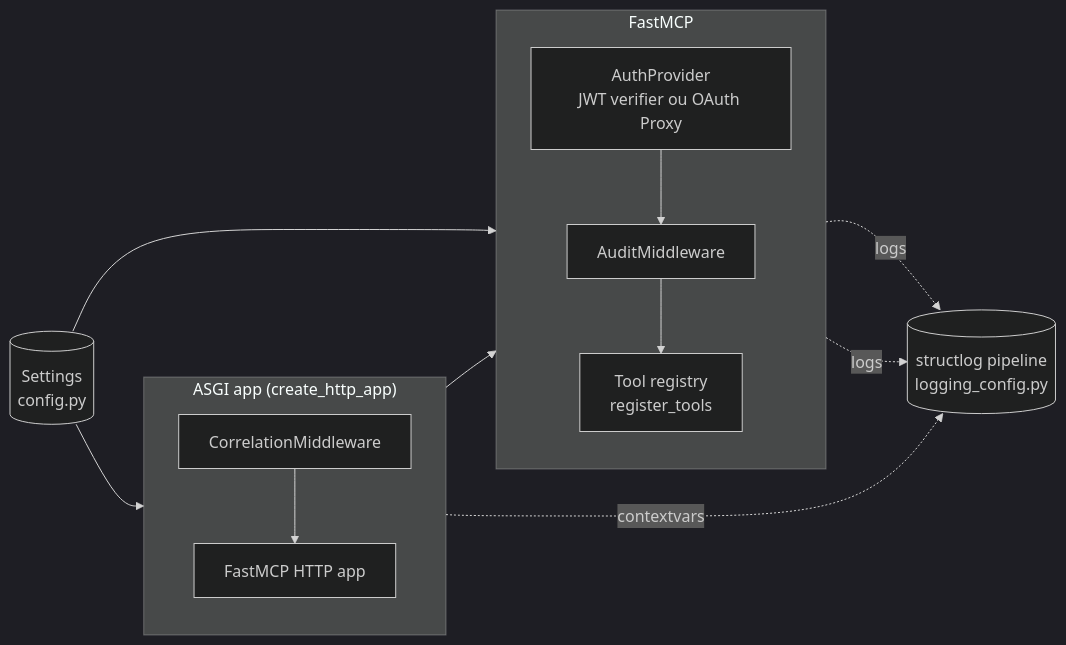
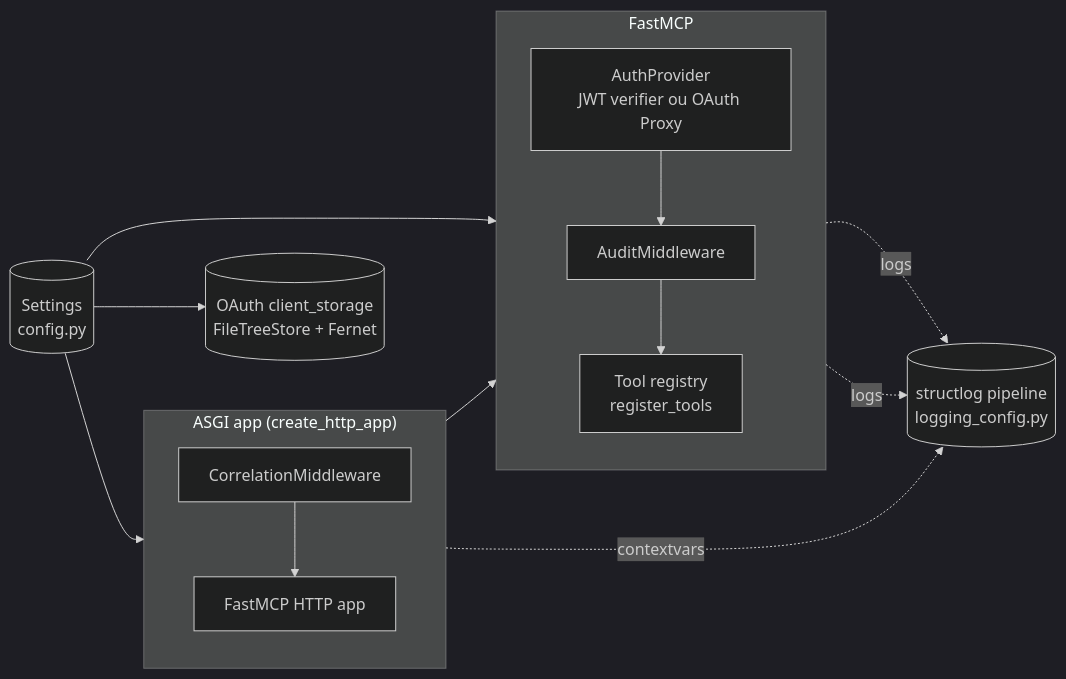
One commit to thiagorufino1/fastmcp-auth-entraid changed the first of 2 diagrams in docs/architecture.md. Above: the diagram before and after it, drawn with Mermaid (dark theme). The commit also changed other lines of this file and 20 other files, not shown here.

First line of the commit message:
feat: Enhance OAuth support with persistent storage and JWT signing key configuration

````diff
--- a/docs/architecture.md
+++ b/docs/architecture.md
@@ -17,26 +18,27 @@
 ```mermaid
 flowchart LR
     subgraph ASGI["ASGI app (create_http_app)"]
       direction TB
       C[CorrelationMiddleware]
       F[FastMCP HTTP app]
       C --> F
     end
 
     subgraph FastMCP
       direction TB
       Auth[AuthProvider<br/>JWT verifier ou OAuth Proxy]
       A[AuditMiddleware]
       Reg[Tool registry<br/>register_tools]
       Auth --> A --> Reg
     end
 
     Cfg[(Settings<br/>config.py)] --> Auth
     Cfg --> C
+    Cfg --> Store[(OAuth client_storage<br/>FileTreeStore + Fernet)]
     Log[(structlog pipeline<br/>logging_config.py)]
     F --> FastMCP
 
     Auth -. logs .-> Log
     A -. logs .-> Log
     C -. contextvars .-> Log
 ```
````
